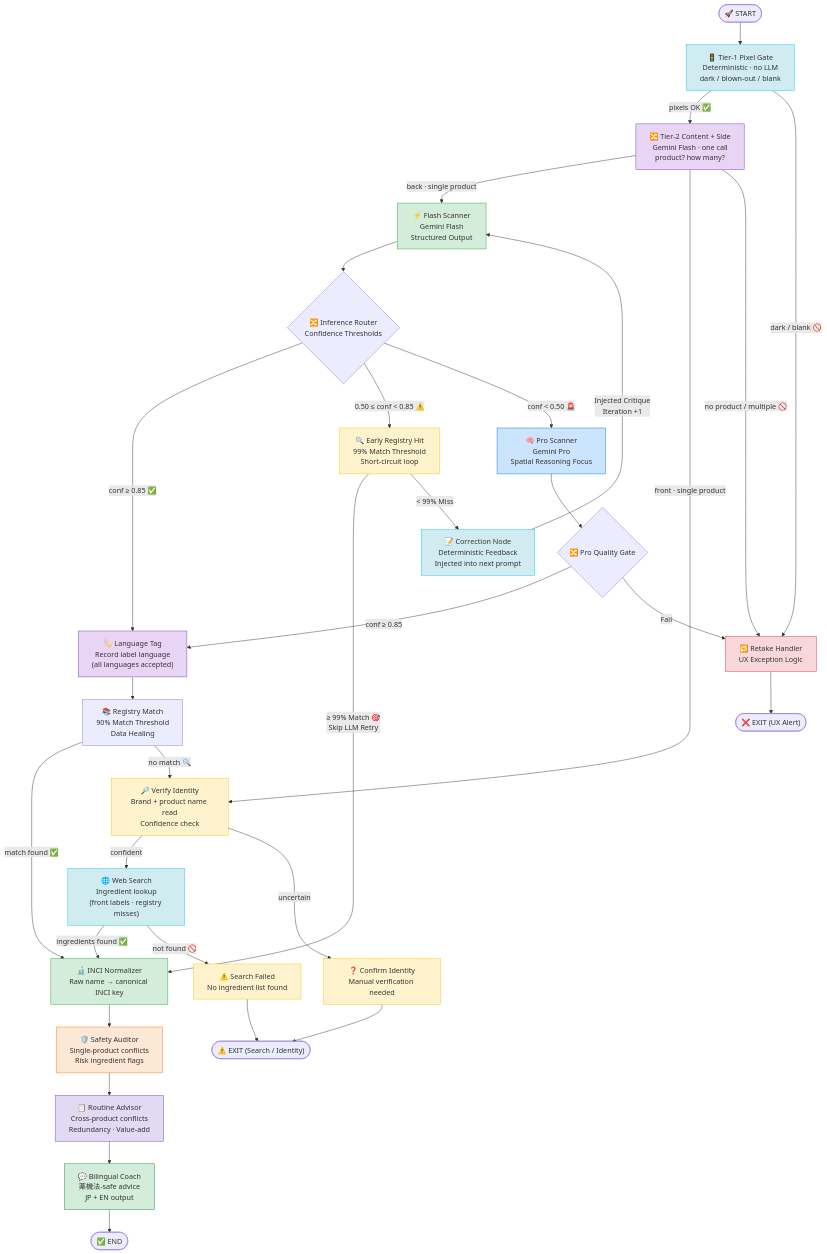
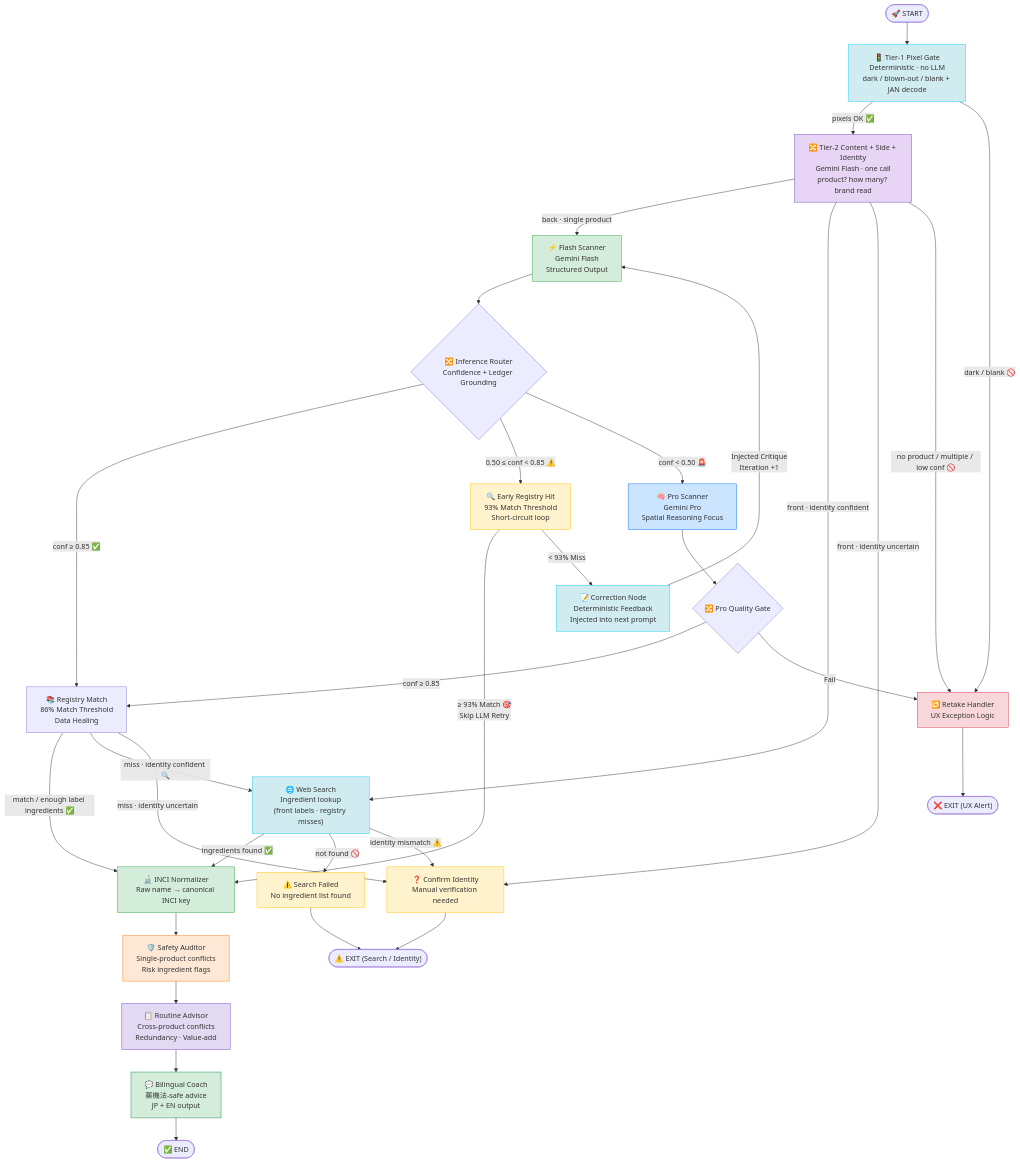
Before and after one commit to dvallslanaquera/skingraph: the fifth of 6 diagrams in docs/ARCHITECTURE.md, drawn with Mermaid. The commit also changed other lines of this file and 24 other files, not shown here.

````diff
--- a/docs/ARCHITECTURE.md
+++ b/docs/ARCHITECTURE.md
@@ -692,80 +685,76 @@
 ```mermaid
 flowchart TD
     Start(["🚀 START"])
-    Quality["🚦 Tier-1 Pixel Gate<br/>Deterministic · no LLM<br/>dark / blown-out / blank"]
-    Classify["🔀 Tier-2 Content + Side<br/>Gemini Flash · one call<br/>product? how many?"]
+    Quality["🚦 Tier-1 Pixel Gate<br/>Deterministic · no LLM<br/>dark / blown-out / blank + JAN decode"]
+    Classify["🔀 Tier-2 Content + Side + Identity<br/>Gemini Flash · one call<br/>product? how many? brand read"]
     Flash["⚡ Flash Scanner<br/>Gemini Flash<br/>Structured Output"]
-    Router{"🔀 Inference Router<br/>Confidence Thresholds"}
-    EarlyCheck["🔍 Early Registry Hit<br/>99% Match Threshold<br/>Short-circuit loop"]
+    Router{"🔀 Inference Router<br/>Confidence + Ledger Grounding"}
+    EarlyCheck["🔍 Early Registry Hit<br/>93% Match Threshold<br/>Short-circuit loop"]
     Correction["📝 Correction Node<br/>Deterministic Feedback<br/>Injected into next prompt"]
     Pro["🧠 Pro Scanner<br/>Gemini Pro<br/>Spatial Reasoning Focus"]
-    TagLang["🏷️ Language Tag<br/>Record label language<br/>(all languages accepted)"]
-    RegLookup["📚 Registry Match<br/>90% Match Threshold<br/>Data Healing"]
-    VerifyId["🔎 Verify Identity<br/>Brand + product name read<br/>Confidence check"]
+    RegLookup["📚 Registry Match<br/>86% Match Threshold<br/>Data Healing"]
     WebSearch["🌐 Web Search<br/>Ingredient lookup<br/>(front labels · registry misses)"]
     ConfirmId["❓ Confirm Identity<br/>Manual verification needed"]
     SearchFailed["⚠️ Search Failed<br/>No ingredient list found"]
     Normalizer["🔬 INCI Normalizer<br/>Raw name → canonical INCI key"]
     Auditor["🛡️ Safety Auditor<br/>Single-product conflicts<br/>Risk ingredient flags"]
     RoutineAdvisor["📋 Routine Advisor<br/>Cross-product conflicts<br/>Redundancy · Value-add"]
     Coach["💬 Bilingual Coach<br/>薬機法-safe advice<br/>JP + EN output"]
     ProRouter{"🔀 Pro Quality Gate"}
     Retake["🔁 Retake Handler<br/>UX Exception Logic"]
     EndOK(["✅ END"])
     EndRetake(["❌ EXIT (UX Alert)"])
     EndSearch(["⚠️ EXIT (Search / Identity)"])
 
     Start --> Quality
     Quality -->|"pixels OK ✅"| Classify
     Quality -->|"dark / blank 🚫"| Retake
     Classify -->|"back · single product"| Flash
-    Classify -->|"front · single product"| VerifyId
-    Classify -->|"no product / multiple 🚫"| Retake
+    Classify -->|"front · identity confident"| WebSearch
+    Classify -->|"front · identity uncertain"| ConfirmId
+    Classify -->|"no product / multiple / low conf 🚫"| Retake
     Flash --> Router
 
-    Router -->|"conf ≥ 0.85 ✅"| TagLang
+    Router -->|"conf ≥ 0.85 ✅"| RegLookup
     Router -->|"0.50 ≤ conf < 0.85 ⚠️"| EarlyCheck
     Router -->|"conf < 0.50 🚨"| Pro
 
-    EarlyCheck -->|"≥ 99% Match 🎯<br/>Skip LLM Retry"| Normalizer
-    EarlyCheck -->|"< 99% Miss"| Correction
+    EarlyCheck -->|"≥ 93% Match 🎯<br/>Skip LLM Retry"| Normalizer
+    EarlyCheck -->|"< 93% Miss"| Correction
     Correction -->|"Injected Critique<br/>Iteration +1"| Flash
 
     Pro --> ProRouter
-    ProRouter -->|"conf ≥ 0.85"| TagLang
+    ProRouter -->|"conf ≥ 0.85"| RegLookup
     ProRouter -->|"Fail"| Retake
     Retake --> EndRetake
 
-    TagLang --> RegLookup
-    RegLookup -->|"match found ✅"| Normalizer
-    RegLookup -->|"no match 🔍"| VerifyId
+    RegLookup -->|"match / enough label ingredients ✅"| Normalizer
+    RegLookup -->|"miss · identity confident 🔍"| WebSearch
+    RegLookup -->|"miss · identity uncertain"| ConfirmId
 
-    VerifyId -->|"confident"| WebSearch
-    VerifyId -->|"uncertain"| ConfirmId
     WebSearch -->|"ingredients found ✅"| Normalizer
     WebSearch -->|"not found 🚫"| SearchFailed
+    WebSearch -->|"identity mismatch ⚠️"| ConfirmId
     ConfirmId --> EndSearch
     SearchFailed --> EndSearch
 
     Normalizer --> Auditor
     Auditor --> RoutineAdvisor
     RoutineAdvisor --> Coach
     Coach --> EndOK
 
     style Quality fill:#d1ecf1,stroke:#0dcaf0
     style Classify fill:#e8d5f5,stroke:#6f42c1
     style EarlyCheck fill:#fff3cd,stroke:#ffc107
     style Correction fill:#d1ecf1,stroke:#0dcaf0
     style Retake fill:#f8d7da,stroke:#dc3545
     style Flash fill:#d4edda,stroke:#28a745
     style Pro fill:#cce5ff,stroke:#0d6efd
-    style TagLang fill:#e8d5f5,stroke:#6f42c1
     style Normalizer fill:#d4edda,stroke:#28a745
     style Auditor fill:#fce8d5,stroke:#fd7e14
     style RoutineAdvisor fill:#e2d9f3,stroke:#6f42c1
     style Coach fill:#d4edda,stroke:#198754
-    style VerifyId fill:#fff3cd,stroke:#ffc107
     style WebSearch fill:#d1ecf1,stroke:#0dcaf0
     style ConfirmId fill:#fff3cd,stroke:#ffc107
     style SearchFailed fill:#fff3cd,stroke:#ffc107
 ```
````
